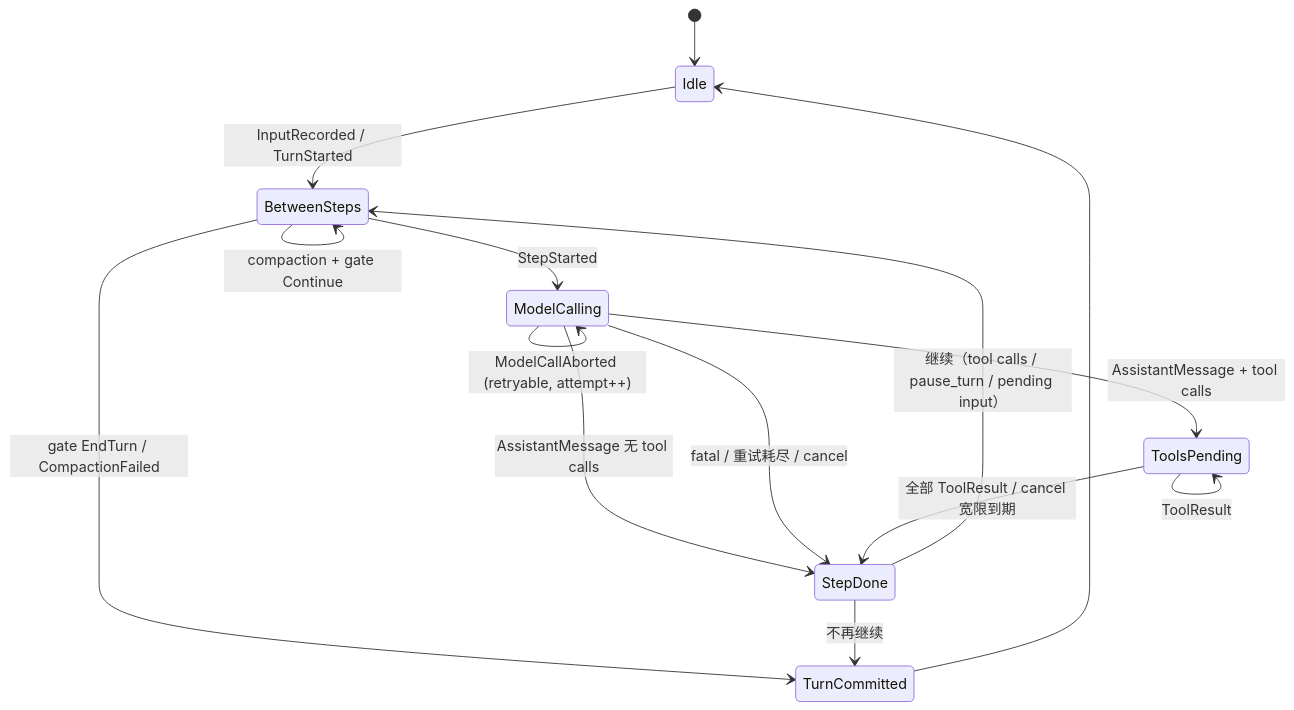
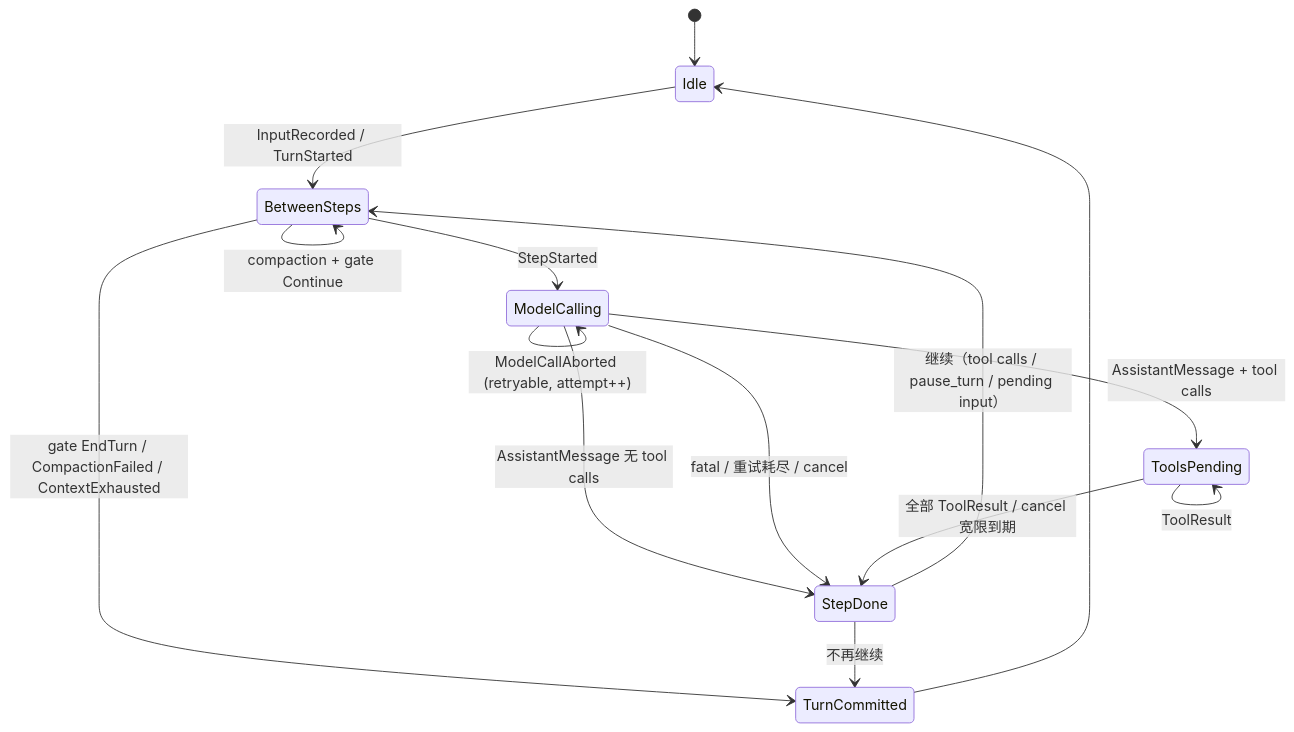
Before and after one commit to zibyn/asterpath: the diagram in docs/design/agent-loop.md, drawn with Mermaid. The commit also changed other lines of this file and 5 other files, not shown here.

Commit message:
docs: resolve context compaction and window management (#9)

````diff
--- a/docs/design/agent-loop.md
+++ b/docs/design/agent-loop.md
@@ -61,17 +61,17 @@
 ```mermaid
 stateDiagram-v2
     [*] --> Idle
     Idle --> BetweenSteps: InputRecorded / TurnStarted
     BetweenSteps --> BetweenSteps: compaction + gate Continue
-    BetweenSteps --> TurnCommitted: gate EndTurn / CompactionFailed
+    BetweenSteps --> TurnCommitted: gate EndTurn / CompactionFailed / ContextExhausted
     BetweenSteps --> ModelCalling: StepStarted
     ModelCalling --> ModelCalling: ModelCallAborted (retryable, attempt++)
     ModelCalling --> ToolsPending: AssistantMessage + tool calls
     ModelCalling --> StepDone: AssistantMessage 无 tool calls
     ModelCalling --> StepDone: fatal / 重试耗尽 / cancel
     ToolsPending --> ToolsPending: ToolResult
     ToolsPending --> StepDone: 全部 ToolResult / cancel 宽限到期
     StepDone --> BetweenSteps: 继续（tool calls / pause_turn / pending input）
     StepDone --> TurnCommitted: 不再继续
     TurnCommitted --> Idle
 ```
````
